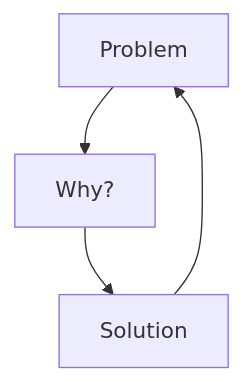
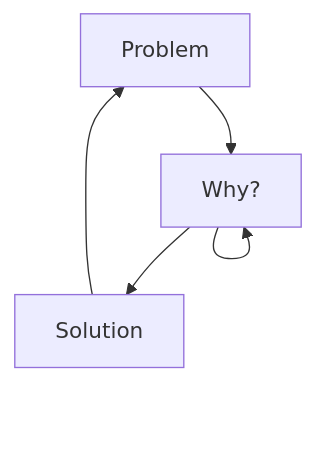
One commit to Jerome-Spaeter/Jerome-Spaeter changed the diagram in README.md. Above: the diagram before and after it, drawn with Mermaid.

````diff
--- a/README.md
+++ b/README.md
@@ -40,6 +40,7 @@
 ```mermaid
   graph TD;
       Problem-->Why?;
+      Why?-->Why?;
       Why?-->Solution;
       Solution-->Problem;
 ```
````
